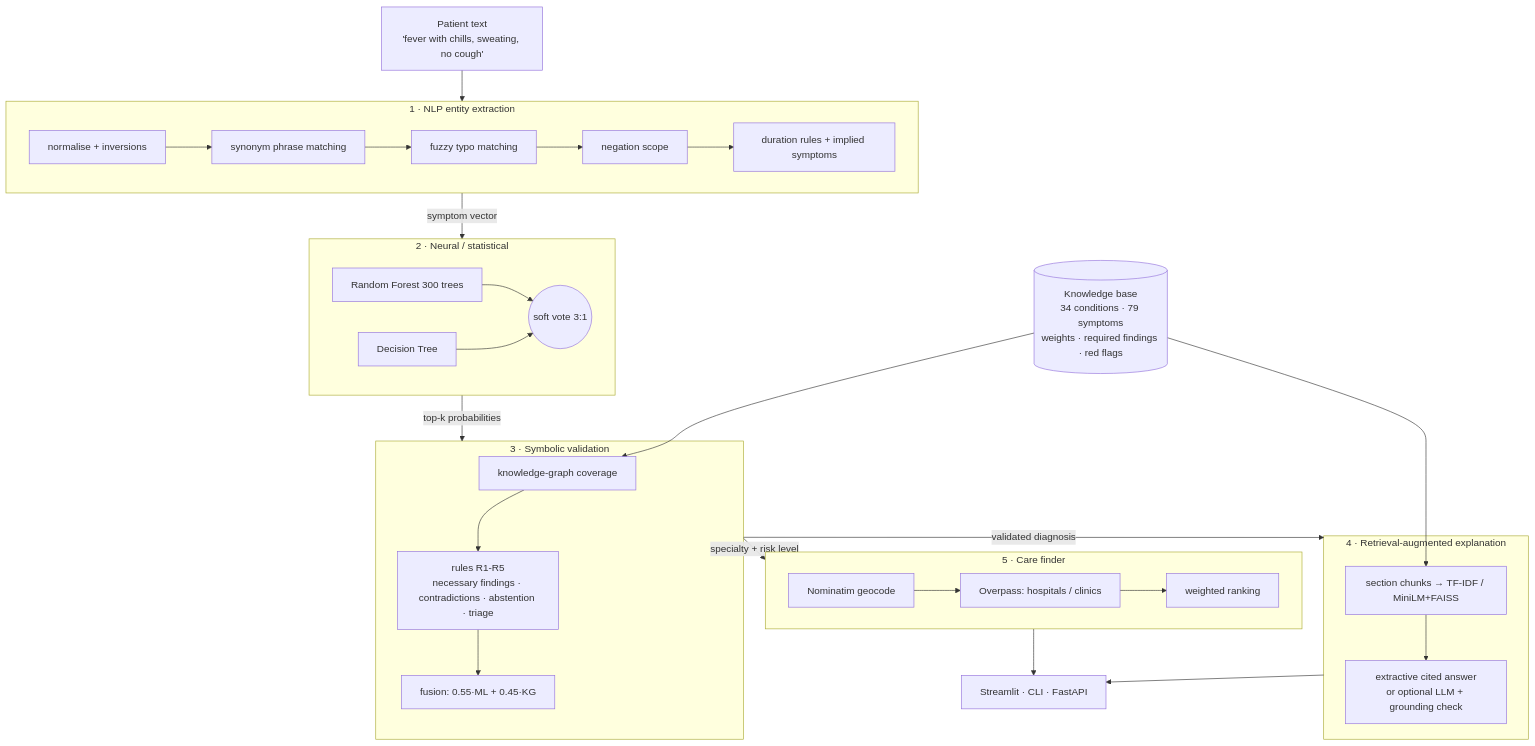
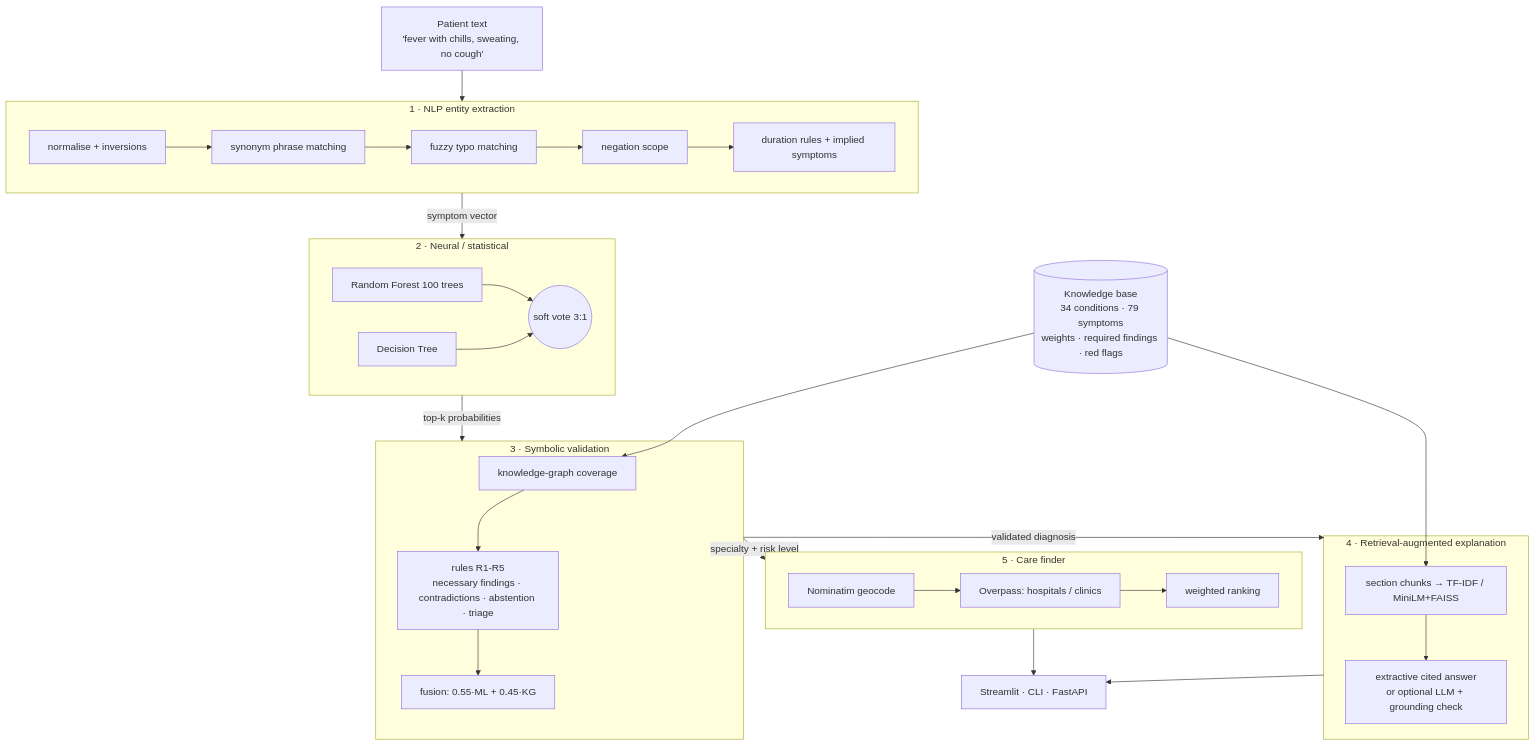
The diagram in README.md (shivesh900/neurosy-rag), drawn with Mermaid before and after one commit. The commit also changed other lines of this file and 2 other files, not shown here.

````diff
--- a/README.md
+++ b/README.md
@@ -19,30 +25,30 @@
 ```mermaid
 flowchart TD
     T["Patient text<br/>'fever with chills, sweating, no cough'"] --> NLP
     subgraph NLP["1 · NLP entity extraction"]
         N1[normalise + inversions] --> N2[synonym phrase matching] --> N3[fuzzy typo matching] --> N4[negation scope] --> N5[duration rules + implied symptoms]
     end
     NLP -->|symptom vector| ML
     subgraph ML["2 · Neural / statistical"]
-        RF[Random Forest 300 trees] --> V((soft vote 3:1))
+        RF[Random Forest 100 trees] --> V((soft vote 3:1))
         DT[Decision Tree] --> V
     end
     KB[(Knowledge base<br/>34 conditions · 79 symptoms<br/>weights · required findings · red flags)]
     KB --> KG
     ML -->|top-k probabilities| SYM
     subgraph SYM["3 · Symbolic validation"]
         KG[knowledge-graph coverage] --> R[rules R1-R5<br/>necessary findings · contradictions · abstention · triage]
         R --> F[fusion: 0.55·ML + 0.45·KG]
     end
     SYM -->|validated diagnosis| RAG
     KB --> IDX
     subgraph RAG["4 · Retrieval-augmented explanation"]
         IDX[section chunks → TF-IDF / MiniLM+FAISS] --> GEN[extractive cited answer<br/>or optional LLM + grounding check]
     end
     SYM -->|specialty + risk level| GEO
     subgraph GEO["5 · Care finder"]
         G1[Nominatim geocode] --> G2[Overpass: hospitals / clinics] --> G3[weighted ranking]
     end
     RAG --> OUT[Streamlit · CLI · FastAPI]
     GEO --> OUT
 ```
````
